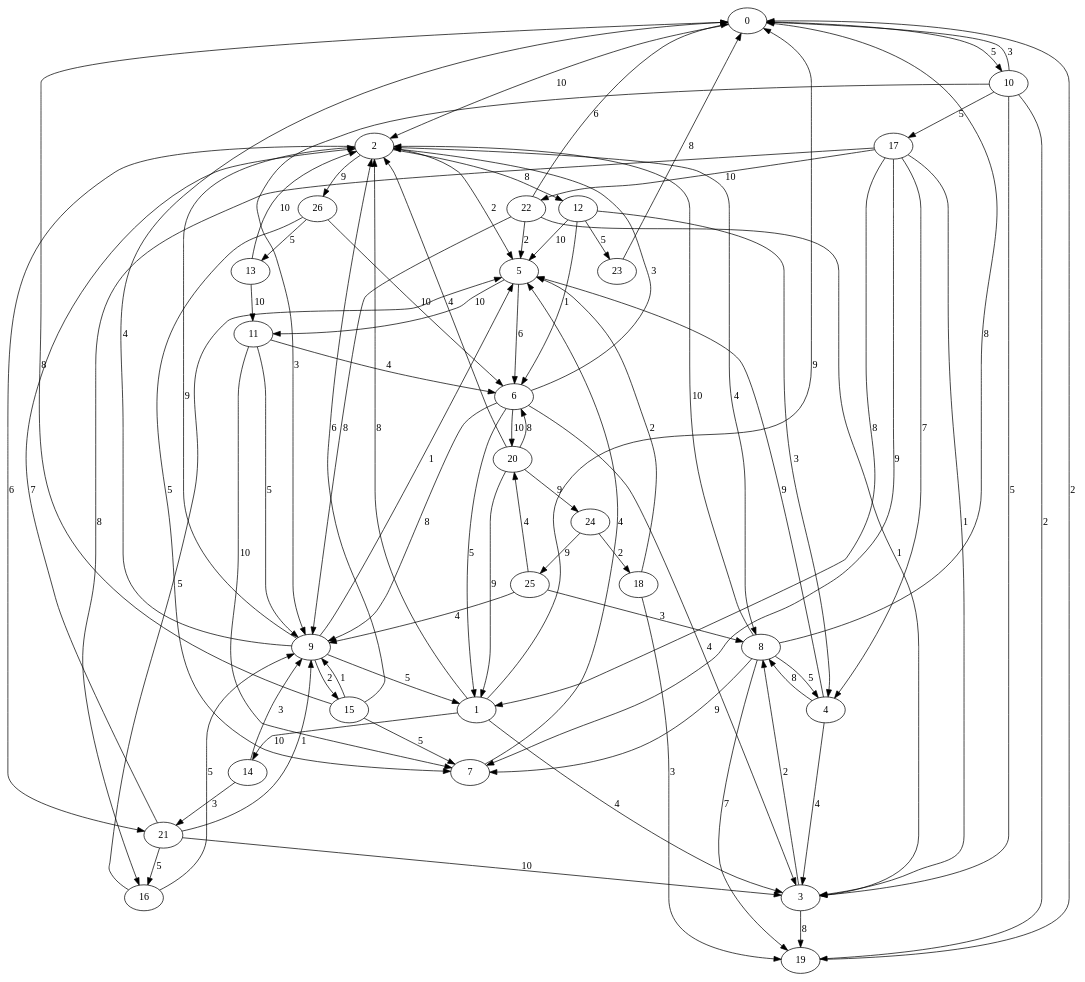
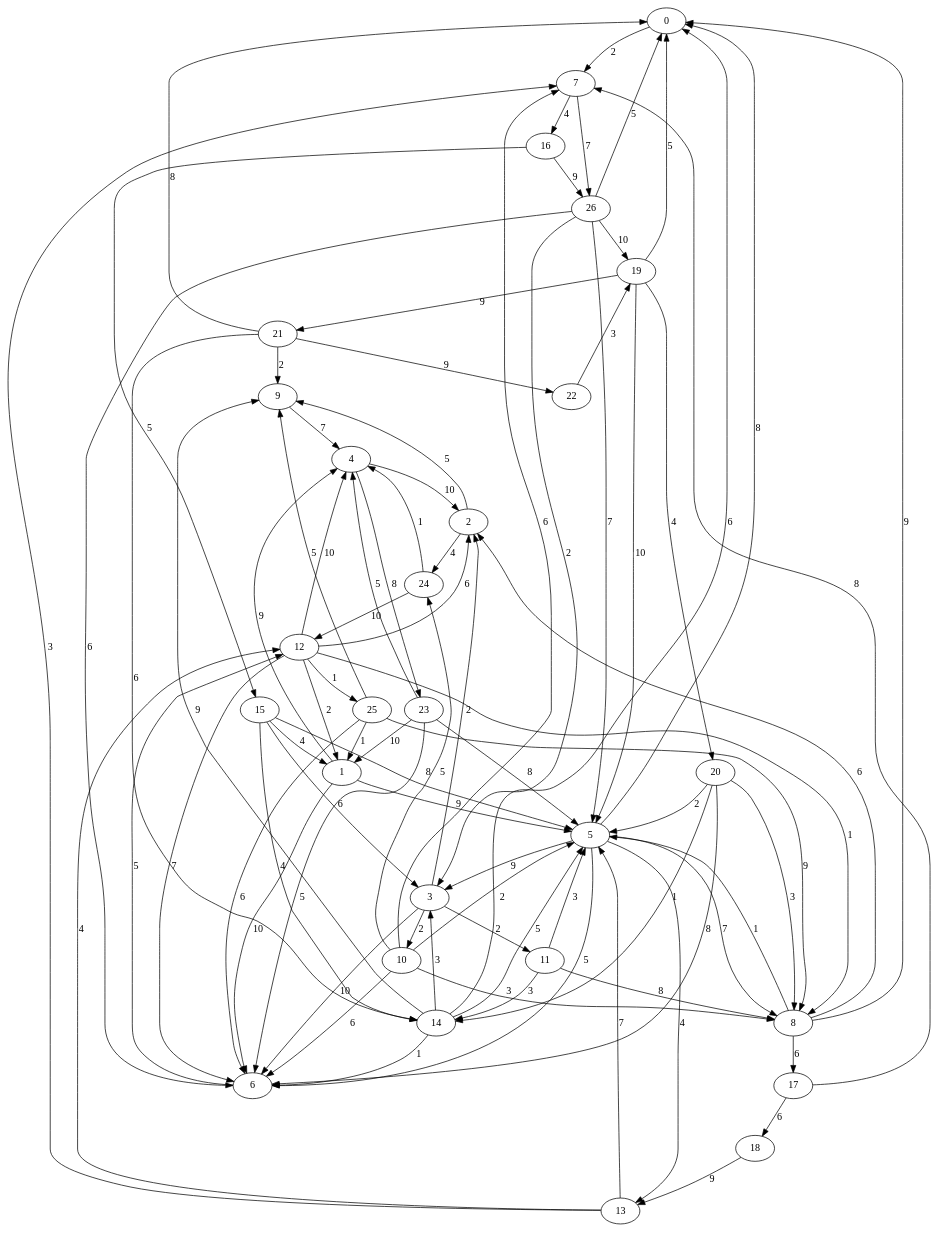
The diagram in output/grafo.dot (CycleWs/airways-graphs), drawn with Graphviz before and after one commit. The commit also changed 7 other files, not shown here.

```diff
--- a/output/grafo.dot
+++ b/output/grafo.dot
@@ -1,88 +1,86 @@
 digraph {
-0 -> 2 [label=10]
-0 -> 10 [label=5]
-1 -> 0 [label=9]
-1 -> 2 [label=8]
-1 -> 3 [label=4]
-1 -> 14 [label=10]
-2 -> 5 [label=2]
-2 -> 8 [label=4]
-2 -> 12 [label=8]
-2 -> 21 [label=6]
-2 -> 26 [label=9]
-3 -> 8 [label=2]
-3 -> 19 [label=8]
-4 -> 3 [label=4]
-4 -> 5 [label=9]
-4 -> 8 [label=8]
-5 -> 6 [label=6]
-5 -> 11 [label=10]
-6 -> 1 [label=5]
-6 -> 2 [label=3]
-6 -> 3 [label=4]
-6 -> 9 [label=8]
-6 -> 20 [label=10]
-7 -> 5 [label=4]
-8 -> 0 [label=8]
-8 -> 2 [label=10]
-8 -> 4 [label=5]
-8 -> 7 [label=9]
-8 -> 19 [label=7]
-9 -> 0 [label=4]
-9 -> 1 [label=5]
-9 -> 2 [label=9]
-9 -> 5 [label=1]
-9 -> 15 [label=2]
-10 -> 0 [label=3]
-10 -> 3 [label=5]
-10 -> 9 [label=3]
-10 -> 17 [label=5]
-10 -> 19 [label=2]
-11 -> 6 [label=4]
-11 -> 7 [label=10]
-11 -> 9 [label=5]
-12 -> 4 [label=3]
-12 -> 5 [label=10]
-12 -> 6 [label=1]
-12 -> 23 [label=5]
-13 -> 2 [label=10]
-13 -> 11 [label=10]
-14 -> 9 [label=3]
-14 -> 21 [label=3]
-15 -> 0 [label=8]
-15 -> 2 [label=6]
-15 -> 7 [label=5]
-15 -> 9 [label=1]
-16 -> 5 [label=5]
-16 -> 9 [label=5]
-17 -> 1 [label=8]
-17 -> 3 [label=1]
-17 -> 4 [label=7]
-17 -> 7 [label=9]
-17 -> 16 [label=8]
-17 -> 22 [label=10]
-18 -> 5 [label=2]
-18 -> 19 [label=3]
-19 -> 0 [label=2]
-20 -> 1 [label=9]
-20 -> 2 [label=4]
+0 -> 7 [label=2]
+1 -> 4 [label=9]
+1 -> 5 [label=9]
+1 -> 6 [label=10]
+2 -> 9 [label=5]
+2 -> 24 [label=4]
+3 -> 2 [label=2]
+3 -> 6 [label=10]
+3 -> 10 [label=2]
+3 -> 11 [label=2]
+4 -> 2 [label=10]
+4 -> 23 [label=8]
+5 -> 0 [label=8]
+5 -> 3 [label=9]
+5 -> 6 [label=5]
+5 -> 8 [label=7]
+5 -> 13 [label=4]
+6 -> 12 [label=5]
+7 -> 16 [label=4]
+7 -> 26 [label=7]
+8 -> 0 [label=9]
+8 -> 2 [label=6]
+8 -> 5 [label=1]
+8 -> 17 [label=6]
+9 -> 4 [label=7]
+10 -> 5 [label=2]
+10 -> 6 [label=6]
+10 -> 7 [label=6]
+10 -> 8 [label=3]
+10 -> 24 [label=5]
+11 -> 5 [label=3]
+11 -> 8 [label=8]
+11 -> 14 [label=3]
+12 -> 1 [label=2]
+12 -> 2 [label=6]
+12 -> 4 [label=10]
+12 -> 6 [label=7]
+12 -> 8 [label=1]
+12 -> 25 [label=1]
+13 -> 5 [label=7]
+13 -> 7 [label=3]
+13 -> 12 [label=4]
+14 -> 0 [label=6]
+14 -> 3 [label=3]
+14 -> 5 [label=5]
+14 -> 6 [label=1]
+14 -> 9 [label=9]
+15 -> 1 [label=4]
+15 -> 3 [label=6]
+15 -> 5 [label=8]
+15 -> 14 [label=4]
+16 -> 15 [label=5]
+16 -> 26 [label=9]
+17 -> 7 [label=8]
+17 -> 18 [label=6]
+18 -> 13 [label=9]
+19 -> 0 [label=5]
+19 -> 5 [label=10]
+19 -> 20 [label=4]
+19 -> 21 [label=9]
+20 -> 5 [label=2]
 20 -> 6 [label=8]
-20 -> 24 [label=9]
-21 -> 2 [label=7]
-21 -> 3 [label=10]
-21 -> 9 [label=1]
-21 -> 16 [label=5]
-22 -> 0 [label=6]
-22 -> 3 [label=1]
-22 -> 5 [label=2]
-22 -> 9 [label=8]
-23 -> 0 [label=8]
-24 -> 18 [label=2]
-24 -> 25 [label=9]
-25 -> 8 [label=3]
-25 -> 9 [label=4]
-25 -> 20 [label=4]
-26 -> 6 [label=10]
-26 -> 7 [label=5]
-26 -> 13 [label=5]
+20 -> 8 [label=3]
+20 -> 14 [label=1]
+21 -> 0 [label=8]
+21 -> 9 [label=2]
+21 -> 14 [label=6]
+21 -> 22 [label=9]
+22 -> 19 [label=3]
+23 -> 1 [label=10]
+23 -> 4 [label=5]
+23 -> 5 [label=8]
+23 -> 6 [label=5]
+24 -> 4 [label=1]
+24 -> 12 [label=10]
+25 -> 1 [label=1]
+25 -> 6 [label=6]
+25 -> 8 [label=9]
+25 -> 9 [label=5]
+26 -> 0 [label=5]
+26 -> 3 [label=2]
+26 -> 5 [label=7]
+26 -> 6 [label=6]
+26 -> 19 [label=10]
 }
```
